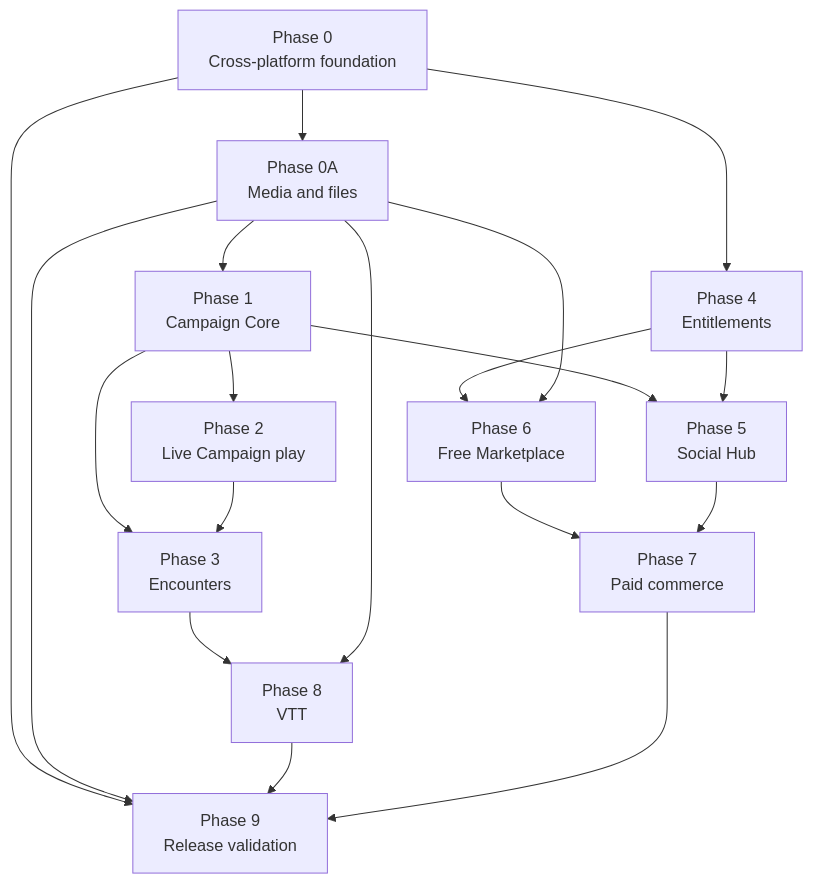
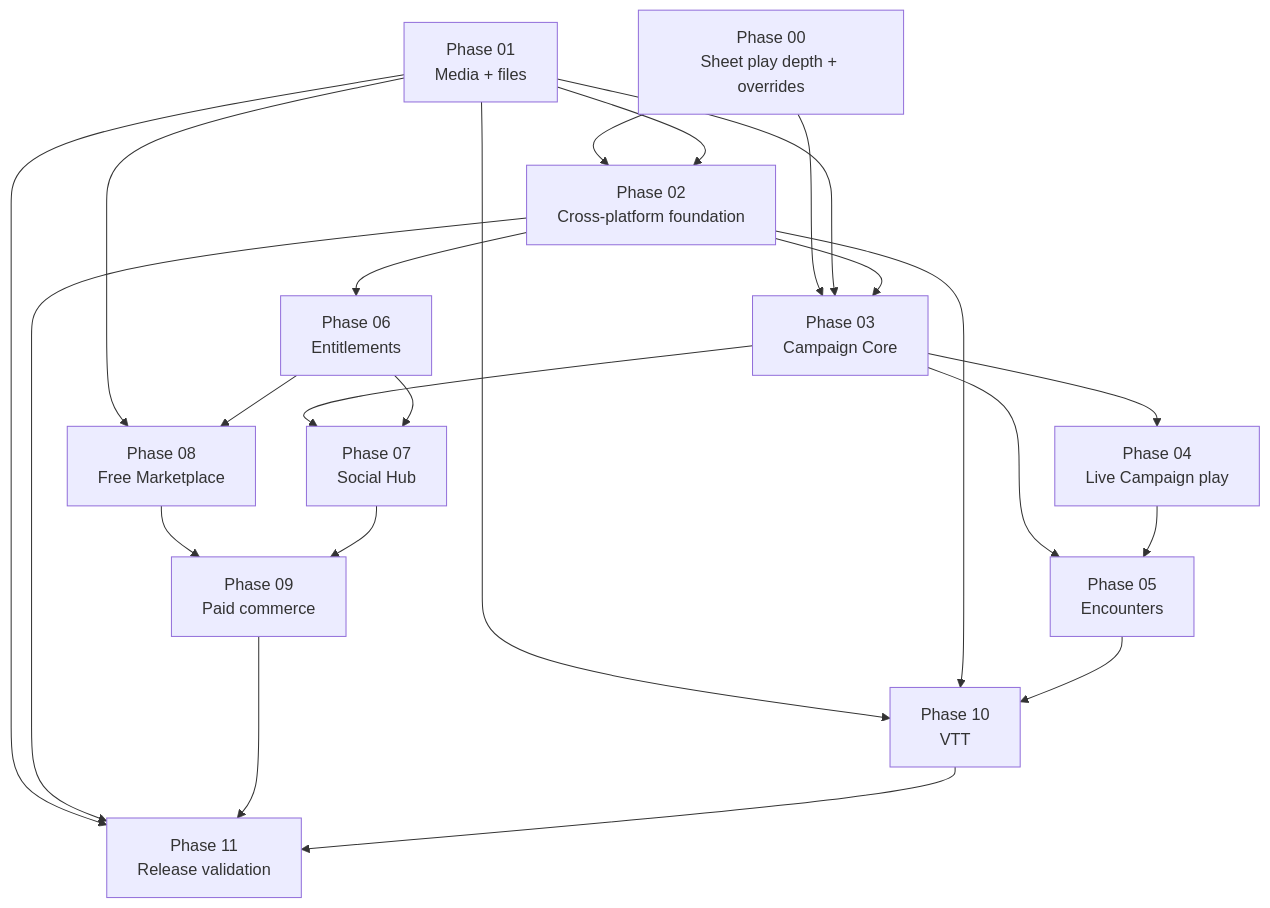
One commit to MPiland/artificer-toolkit changed the second of 2 diagrams in docs/roadmap/README.md. Above: the diagram before and after it, drawn with Mermaid. The commit also changed other lines of this file and 113 other files, not shown here.

Commit message:
docs: add phase 00 character sheet roadmap (#56)

````diff
--- a/docs/roadmap/README.md
+++ b/docs/roadmap/README.md
@@ -94,21 +100,25 @@
 ```mermaid
 flowchart TD
-  P0["Phase 0<br/>Cross-platform foundation"] --> P0A["Phase 0A<br/>Media and files"]
-  P0A --> P1["Phase 1<br/>Campaign Core"]
-  P1 --> P2["Phase 2<br/>Live Campaign play"]
-  P1 --> P3["Phase 3<br/>Encounters"]
+  P0["Phase 00<br/>Sheet play depth + overrides"] --> P2["Phase 02<br/>Cross-platform foundation"]
+  P1["Phase 01<br/>Media + files"] --> P2
+  P0 --> P3["Phase 03<br/>Campaign Core"]
+  P1 --> P3
   P2 --> P3
-  P0 --> P4["Phase 4<br/>Entitlements"]
-  P1 --> P5["Phase 5<br/>Social Hub"]
+  P3 --> P4["Phase 04<br/>Live Campaign play"]
+  P3 --> P5["Phase 05<br/>Encounters"]
   P4 --> P5
-  P4 --> P6["Phase 6<br/>Free Marketplace"]
-  P0A --> P6
-  P6 --> P7["Phase 7<br/>Paid commerce"]
-  P5 --> P7
-  P3 --> P8["Phase 8<br/>VTT"]
-  P0A --> P8
-  P0 --> P9["Phase 9<br/>Release validation"]
-  P0A --> P9
-  P8 --> P9
+  P2 --> P6["Phase 06<br/>Entitlements"]
+  P3 --> P7["Phase 07<br/>Social Hub"]
+  P6 --> P7
+  P1 --> P8["Phase 08<br/>Free Marketplace"]
+  P6 --> P8
+  P8 --> P9["Phase 09<br/>Paid commerce"]
   P7 --> P9
+  P1 --> P10["Phase 10<br/>VTT"]
+  P2 --> P10
+  P5 --> P10
+  P1 --> P11["Phase 11<br/>Release validation"]
+  P2 --> P11
+  P9 --> P11
+  P10 --> P11
 ```
````
